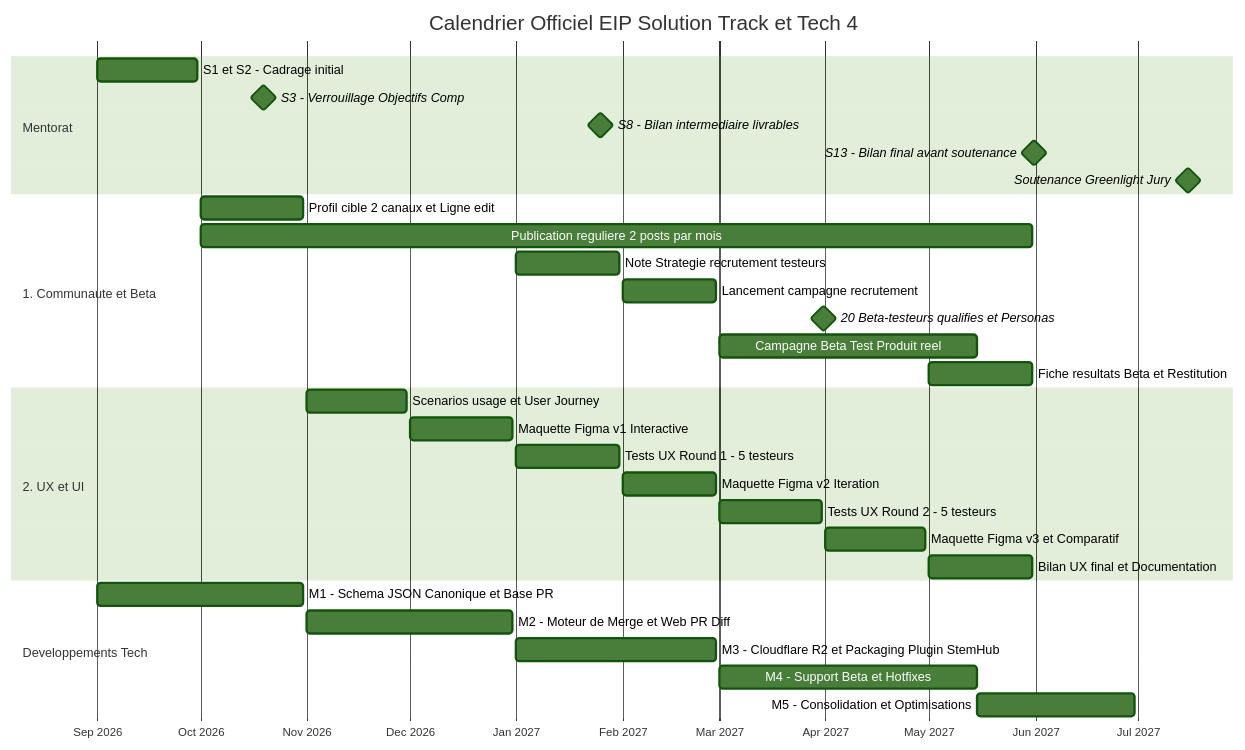
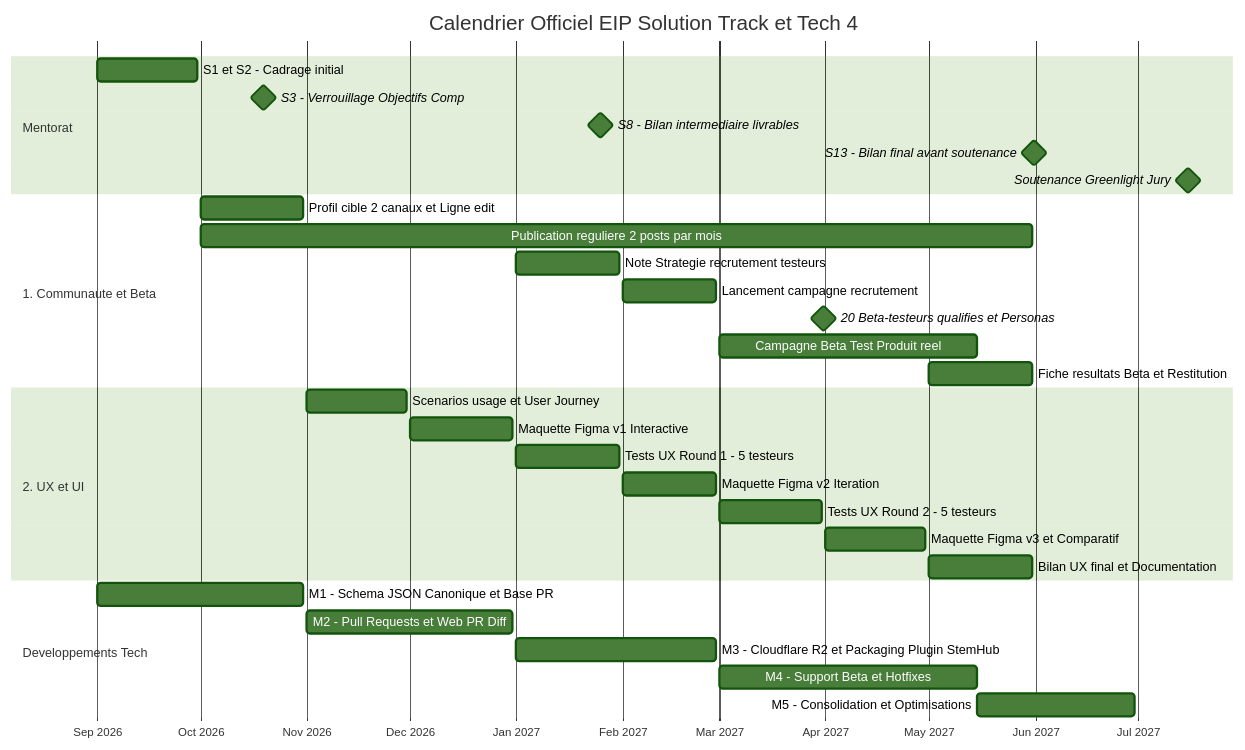
One commit to stemhub-org/Stemhub changed the diagram in docs/ROADMAP.md. Above: the diagram before and after it, drawn with Mermaid (forest theme). The commit also changed 4 other files, not shown here.

````diff
--- a/docs/ROADMAP.md
+++ b/docs/ROADMAP.md
@@ -11,38 +11,38 @@
 ```mermaid
 gantt
     title Calendrier Officiel EIP Solution Track et Tech 4
     dateFormat  YYYY-MM-DD
     axisFormat  %b %Y
 
     section Mentorat
     S1 et S2 - Cadrage initial                  :m1, 2026-09-01, 2026-09-30
     S3 - Verrouillage Objectifs Comp            :milestone, m2, 2026-10-19, 1d
     S8 - Bilan intermediaire livrables          :milestone, m3, 2027-01-25, 1d
     S13 - Bilan final avant soutenance          :milestone, m4, 2027-05-31, 1d
     Soutenance Greenlight Jury                  :milestone, m5, 2027-07-15, 1d
 
     section 1. Communaute et Beta
     Profil cible 2 canaux et Ligne edit         :c1, 2026-10-01, 2026-10-31
     Publication reguliere 2 posts par mois      :c2, 2026-10-01, 2027-05-31
     Note Strategie recrutement testeurs         :c3, 2027-01-01, 2027-01-31
     Lancement campagne recrutement              :c4, 2027-02-01, 2027-02-28
     20 Beta-testeurs qualifies et Personas      :milestone, c5, 2027-03-31, 1d
     Campagne Beta Test Produit reel             :c6, 2027-03-01, 2027-05-15
     Fiche resultats Beta et Restitution         :c7, 2027-05-01, 2027-05-31
 
     section 2. UX et UI
     Scenarios usage et User Journey             :u1, 2026-11-01, 2026-11-30
     Maquette Figma v1 Interactive               :u2, 2026-12-01, 2026-12-31
     Tests UX Round 1 - 5 testeurs               :u3, 2027-01-01, 2027-01-31
     Maquette Figma v2 Iteration                 :u4, 2027-02-01, 2027-02-28
     Tests UX Round 2 - 5 testeurs               :u5, 2027-03-01, 2027-03-31
     Maquette Figma v3 et Comparatif             :u6, 2027-04-01, 2027-04-30
     Bilan UX final et Documentation             :u7, 2027-05-01, 2027-05-31
 
     section Developpements Tech
     M1 - Schema JSON Canonique et Base PR       :t1, 2026-09-01, 2026-10-31
-    M2 - Moteur de Merge et Web PR Diff         :t2, 2026-11-01, 2026-12-31
+    M2 - Pull Requests et Web PR Diff           :t2, 2026-11-01, 2026-12-31
     M3 - Cloudflare R2 et Packaging Plugin StemHub :t3, 2027-01-01, 2027-02-28
     M4 - Support Beta et Hotfixes               :t4, 2027-03-01, 2027-05-15
     M5 - Consolidation et Optimisations         :t5, 2027-05-15, 2027-06-30
 ```
````
